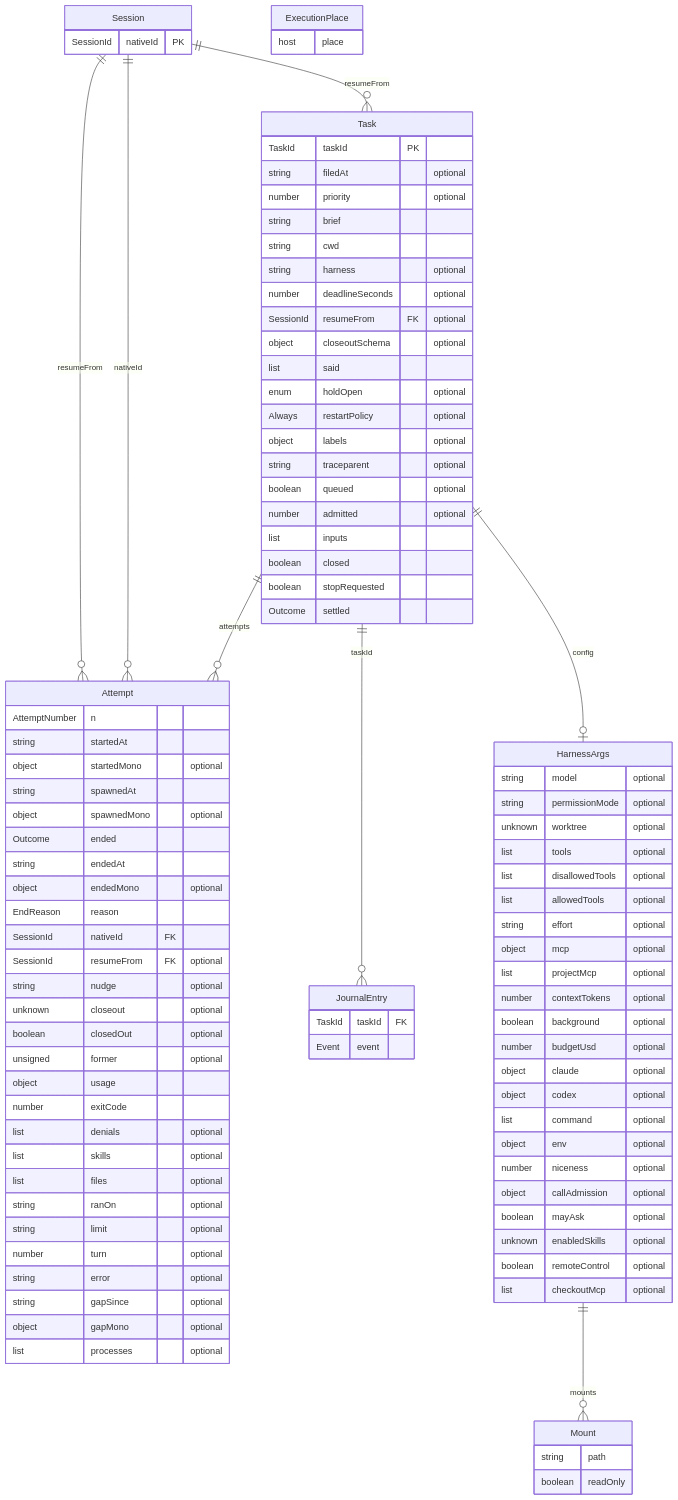
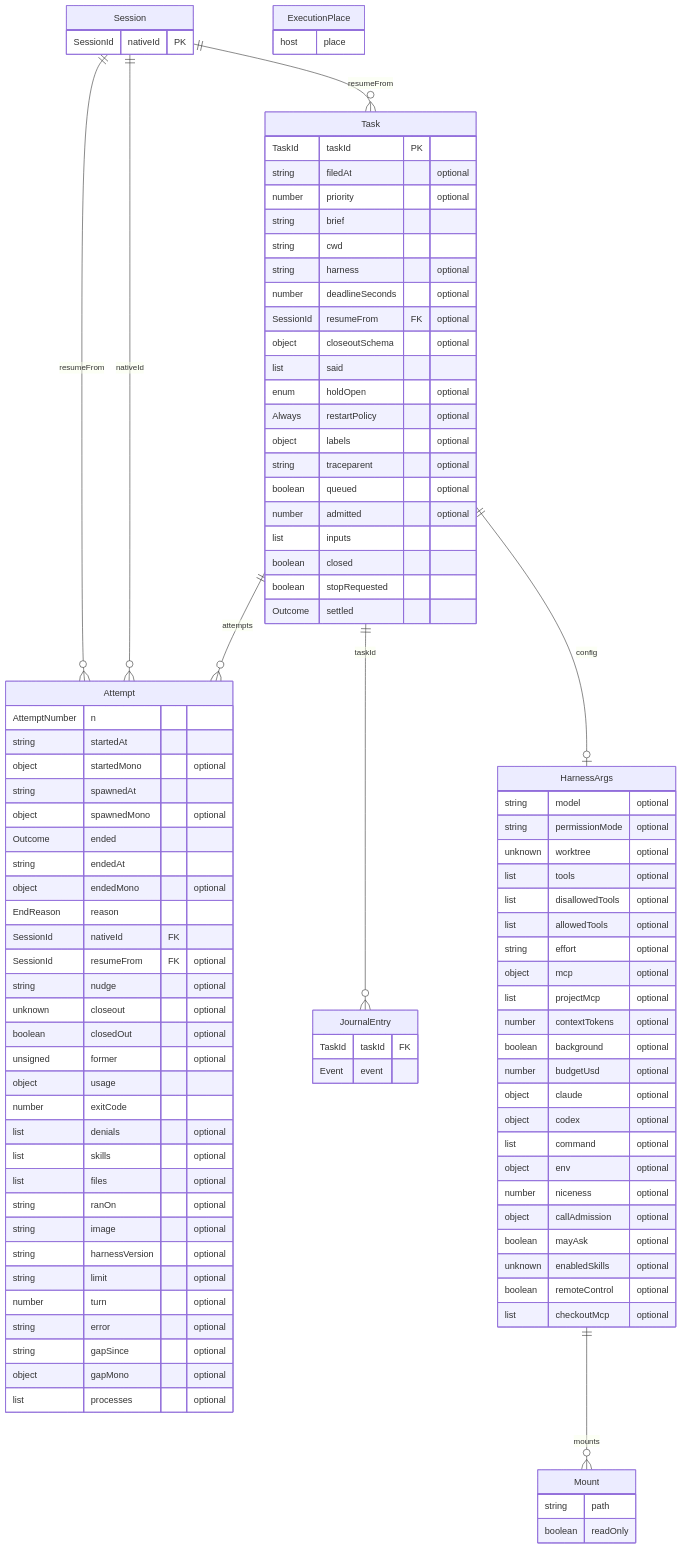
One commit to emyann/nemia changed the diagram in packages/agent-runtime/docs/model.md. Above: the diagram before and after it, drawn with Mermaid. The commit also changed 21 other files, not shown here.

First line of the commit message:
runtime: each attempt records the code it runs on and its harness version

```diff
--- a/packages/agent-runtime/docs/model.md
+++ b/packages/agent-runtime/docs/model.md
@@ -65,6 +65,8 @@
     list skills "optional"
     list files "optional"
     string ranOn "optional"
+    string image "optional"
+    string harnessVersion "optional"
     string limit "optional"
     number turn "optional"
     string error "optional"
```
